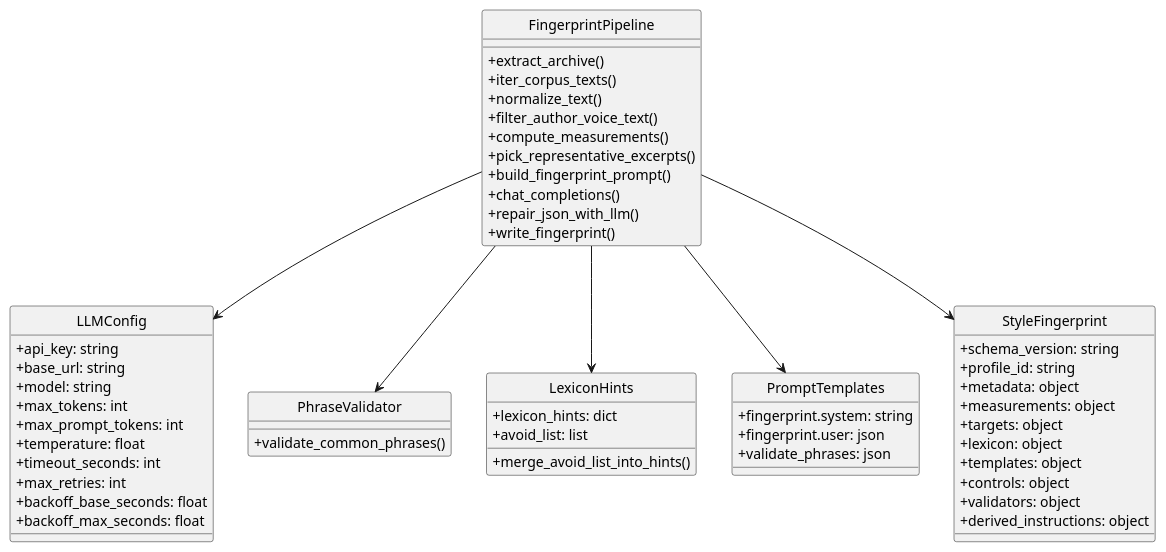
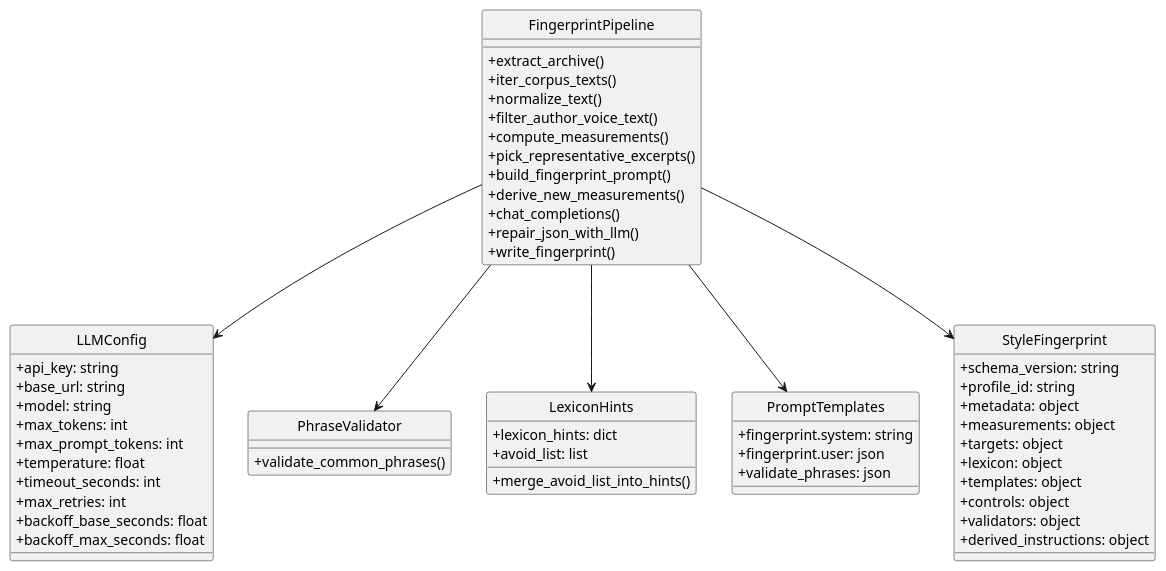
The first of 3 diagrams in UML-Fingerprint.md (ngpepin/stylometric-transfer), drawn with PlantUML before and after one commit. The commit also changed other lines of this file and 10 other files, not shown here.

````diff
--- a/UML-Fingerprint.md
+++ b/UML-Fingerprint.md
@@ -7,67 +7,68 @@
 ```plantuml
 @startuml
 skinparam style strictuml
 skinparam classAttributeIconSize 0
 
 class LLMConfig {
   +api_key: string
   +base_url: string
   +model: string
   +max_tokens: int
   +max_prompt_tokens: int
   +temperature: float
   +timeout_seconds: int
   +max_retries: int
   +backoff_base_seconds: float
   +backoff_max_seconds: float
 }
 
 class FingerprintPipeline {
   +extract_archive()
   +iter_corpus_texts()
   +normalize_text()
   +filter_author_voice_text()
   +compute_measurements()
   +pick_representative_excerpts()
   +build_fingerprint_prompt()
+  +derive_new_measurements()
   +chat_completions()
   +repair_json_with_llm()
   +write_fingerprint()
 }
 
 class PhraseValidator {
   +validate_common_phrases()
 }
 
 class LexiconHints {
   +lexicon_hints: dict
   +avoid_list: list
   +merge_avoid_list_into_hints()
 }
 
 class PromptTemplates {
   +fingerprint.system: string
   +fingerprint.user: json
   +validate_phrases: json
 }
 
 class StyleFingerprint {
   +schema_version: string
   +profile_id: string
   +metadata: object
   +measurements: object
   +targets: object
   +lexicon: object
   +templates: object
   +controls: object
   +validators: object
   +derived_instructions: object
 }
 
 FingerprintPipeline --> LLMConfig
 FingerprintPipeline --> PromptTemplates
 FingerprintPipeline --> PhraseValidator
 FingerprintPipeline --> LexiconHints
 FingerprintPipeline --> StyleFingerprint
 @enduml
 ```
````
